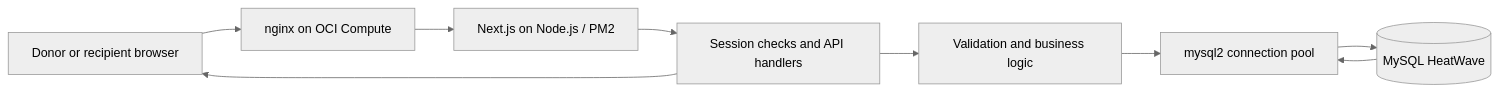
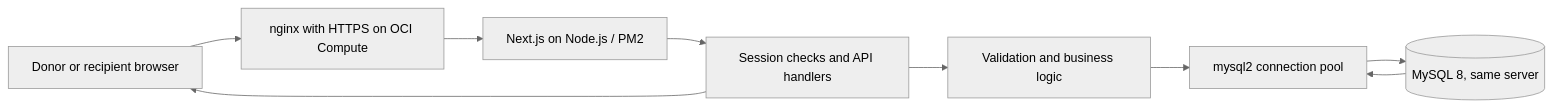
Before and after one commit to brenthippler-art/FeedForward: the diagram in README.md, drawn with Mermaid (neutral theme). The commit also changed other lines of this file and 1 other file, not shown here.

Commit message:
Secure session cookie in production; update README for A1 server and HTTPS

````diff
--- a/README.md
+++ b/README.md
@@ -84,11 +84,11 @@
 ```mermaid
 flowchart LR
-    Browser[Donor or recipient browser] --> Nginx[nginx on OCI Compute]
+    Browser[Donor or recipient browser] --> Nginx[nginx with HTTPS on OCI Compute]
     Nginx --> App[Next.js on Node.js / PM2]
     App --> API[Session checks and API handlers]
     API --> Rules[Validation and business logic]
     Rules --> Pool[mysql2 connection pool]
-    Pool --> DB[(MySQL HeatWave)]
+    Pool --> DB[(MySQL 8, same server)]
     DB --> Pool
     API --> Browser
 ```
````
